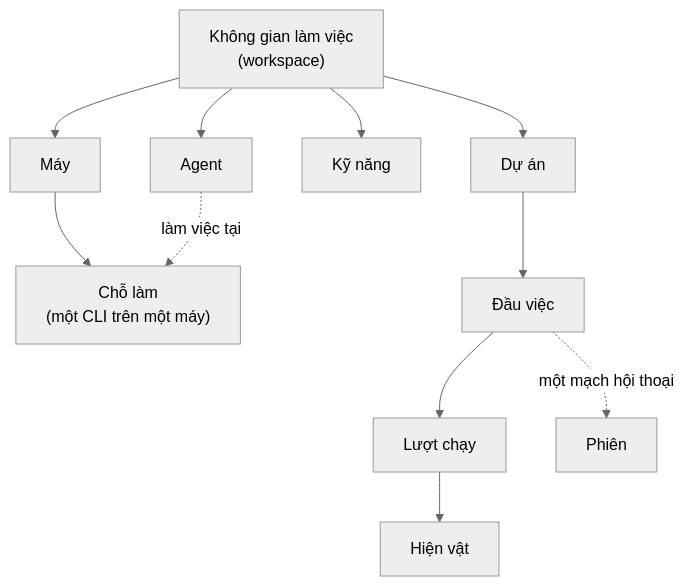
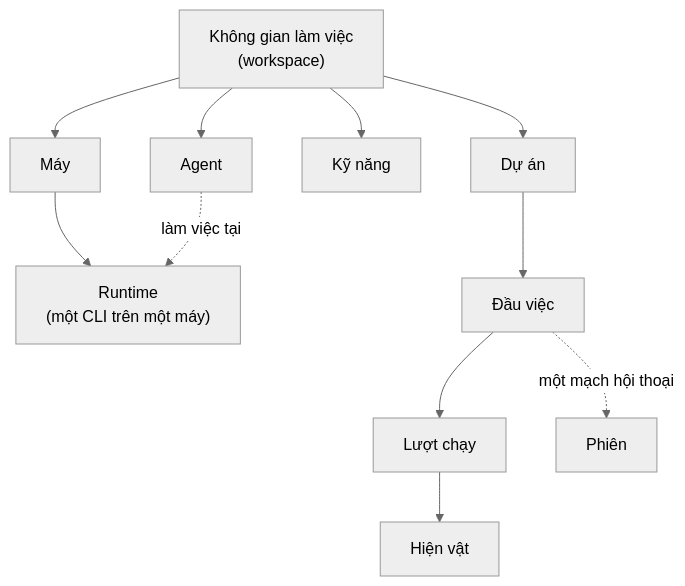
The diagram in docs/concepts.md (gnust-company/A.R.MARIUS), drawn with Mermaid (neutral theme) before and after one commit. The commit also changed other lines of this file and 6 other files, not shown here.

````diff
--- a/docs/concepts.md
+++ b/docs/concepts.md
@@ -6,14 +6,14 @@
 ```mermaid
 flowchart TD
     WS["Không gian làm việc<br/>(workspace)"]
     WS --> PRJ["Dự án"]
     WS --> AG["Agent"]
     WS --> SK["Kỹ năng"]
     WS --> MC["Máy"]
-    MC --> PL["Chỗ làm<br/>(một CLI trên một máy)"]
+    MC --> PL["Runtime<br/>(một CLI trên một máy)"]
     AG -.->|"làm việc tại"| PL
     PRJ --> TK["Đầu việc"]
     TK --> RUN["Lượt chạy"]
     RUN --> ART["Hiện vật"]
     TK -.->|"một mạch hội thoại"| SES["Phiên"]
 ```
````
